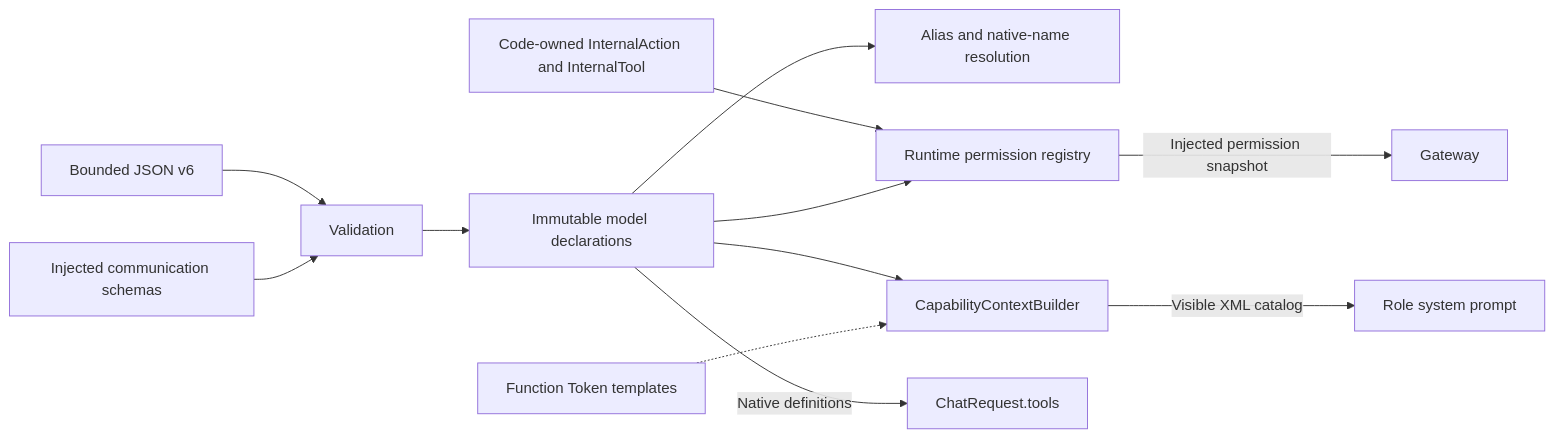
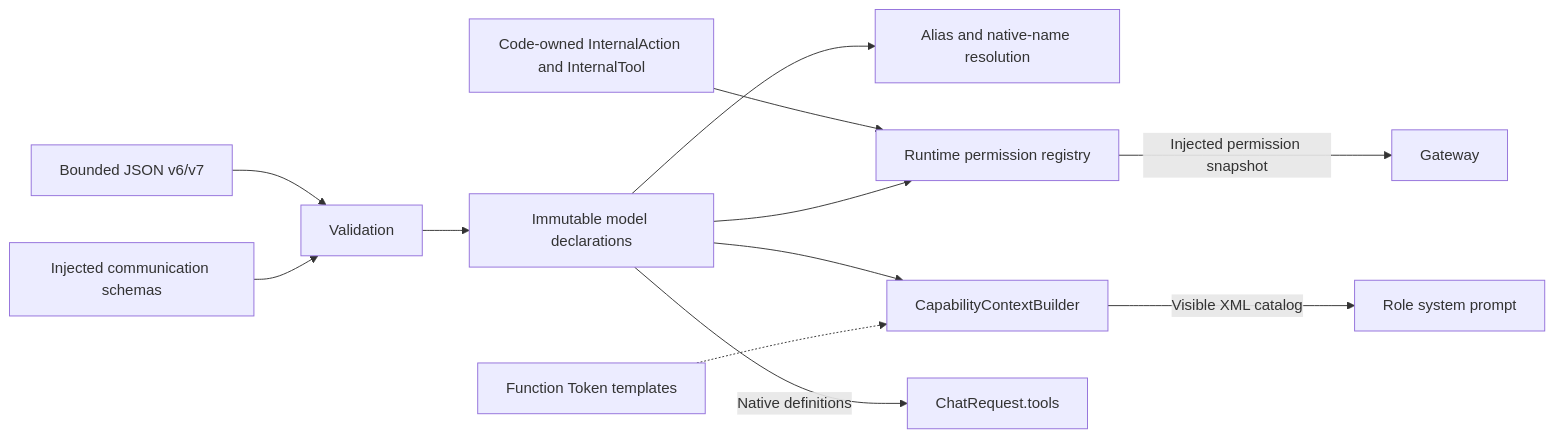
One commit to devilyouwei/MobileHarness changed the diagram in MobileHarness/Agents/Support/Core/Capability/README.md. Above: the diagram before and after it, drawn with Mermaid. The commit also changed other lines of this file and 456 other files, not shown here.

````diff
--- a/MobileHarness/Agents/Support/Core/Capability/README.md
+++ b/MobileHarness/Agents/Support/Core/Capability/README.md
@@ -15,14 +15,14 @@
 ```mermaid
 flowchart LR
- JSON[Bounded JSON v6] --> Validation
+ JSON[Bounded JSON v6/v7] --> Validation
  Catalog[Injected communication schemas] --> Validation
  Validation --> Config[Immutable model declarations]
  Config --> Resolver[Alias and native-name resolution]
  Internal[Code-owned InternalAction and InternalTool] --> Permissions[Runtime permission registry]
  Config --> Permissions
  Config --> Builder[CapabilityContextBuilder]
  Templates[Function Token templates] -.-> Builder
  Builder -->|Visible XML catalog| Role[Role system prompt]
  Config -->|Native definitions| Request[ChatRequest.tools]
  Permissions -->|Injected permission snapshot| Gateway
 ```
````
